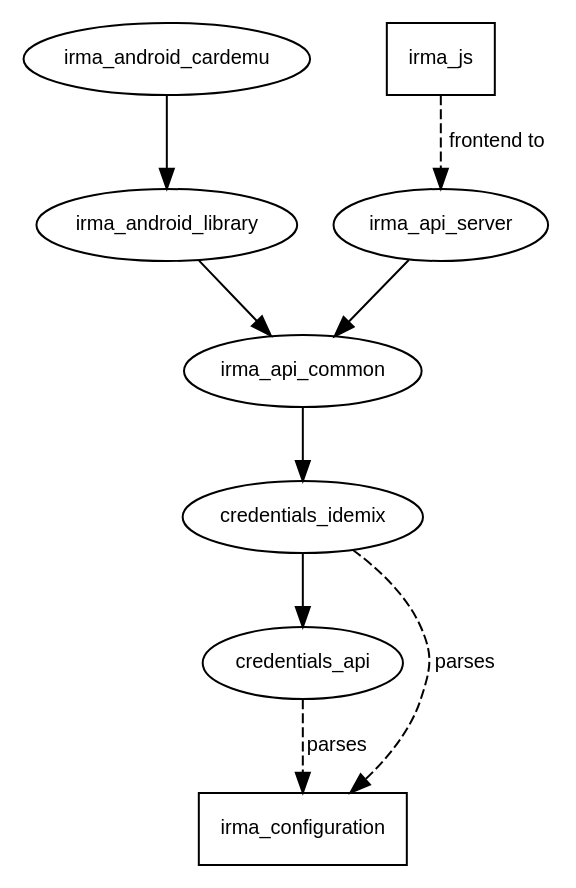
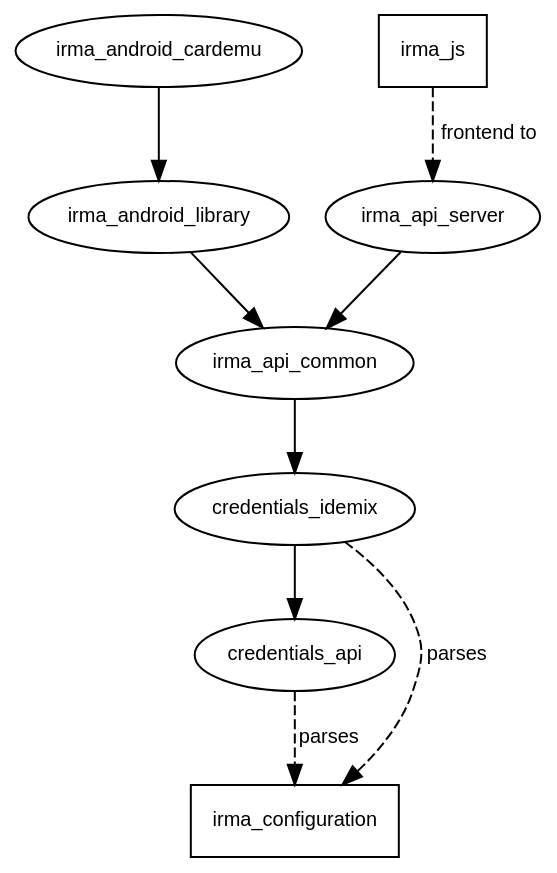
The diagram in images/stack.dot (credentials/credentials.github.io), drawn with Graphviz before and after one commit. The commit also changed 1 other file, not shown here.

Commit message:
Make background transparent in dependency graph

```diff
--- a/images/stack.dot
+++ b/images/stack.dot
@@ -1,21 +1,21 @@
 digraph irma_stack {
-	graph [fontname="sans-serif" fontsize="10pt"];
+	graph [fontname="sans-serif" fontsize="10pt" bgcolor="transparent"];
 	node [fontname="sans-serif" fontsize="10pt"];
 	edge [fontname="sans-serif" fontsize="10pt"];
 	emu[label="irma_android_cardemu"]
 	ial[label="irma_android_library"]
 	ijs[label="irma_js" shape="rect"]
 	ias[label="irma_api_server"]
 	iac[label="irma_api_common"]
 	ci[label="credentials_idemix"]
 	ca[label="credentials_api"]
 	conf[label="irma_configuration" shape="rect"]
 	emu->ial
 	ial->iac
 	ijs->ias[style="dashed" label=" frontend to"]
 	ias->iac
 	iac->ci
 	ci->ca
 	ca->conf[style="dashed" label=" parses"]
 	ci->conf[style="dashed" label=" parses" weight=0]
 }
```
